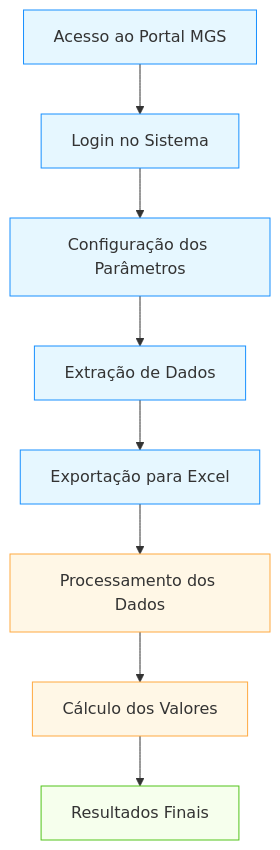
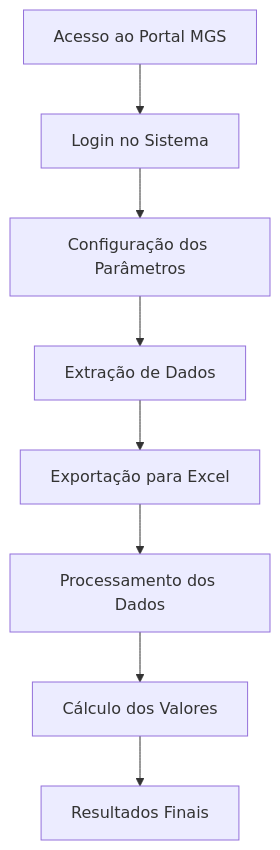
The diagram in content/en/docs/mgs.md (luigicaetano/APMDDocumentacao), drawn with Mermaid before and after one commit.

Commit message:
test mermaid

````diff
--- a/content/en/docs/mgs.md
+++ b/content/en/docs/mgs.md
@@ -48,19 +48,10 @@
-  <div class="mermaid">
-  graph TD
-      A[Acesso ao Portal MGS] --> B[Login no Sistema]
-      B --> C[Configuração dos Parâmetros]
-      C --> D[Extração de Dados]
-      D --> E[Exportação para Excel]
-      E --> F[Processamento dos Dados]
-      F --> G[Cálculo dos Valores]
-      G --> H[Resultados Finais]
-      
-      style A fill:#e6f7ff,stroke:#1890ff
-      style B fill:#e6f7ff,stroke:#1890ff
-      style C fill:#e6f7ff,stroke:#1890ff
-      style D fill:#e6f7ff,stroke:#1890ff
-      style E fill:#e6f7ff,stroke:#1890ff
-      style F fill:#fff7e6,stroke:#ffa940
-      style G fill:#fff7e6,stroke:#ffa940
-      style H fill:#f6ffed,stroke:#52c41a
-  </div>
+```mermaid
+graph TD
+    A[Acesso ao Portal MGS] --> B[Login no Sistema]
+    B --> C[Configuração dos Parâmetros]
+    C --> D[Extração de Dados]
+    D --> E[Exportação para Excel]
+    E --> F[Processamento dos Dados]
+    F --> G[Cálculo dos Valores]
+    G --> H[Resultados Finais]
+```
````
